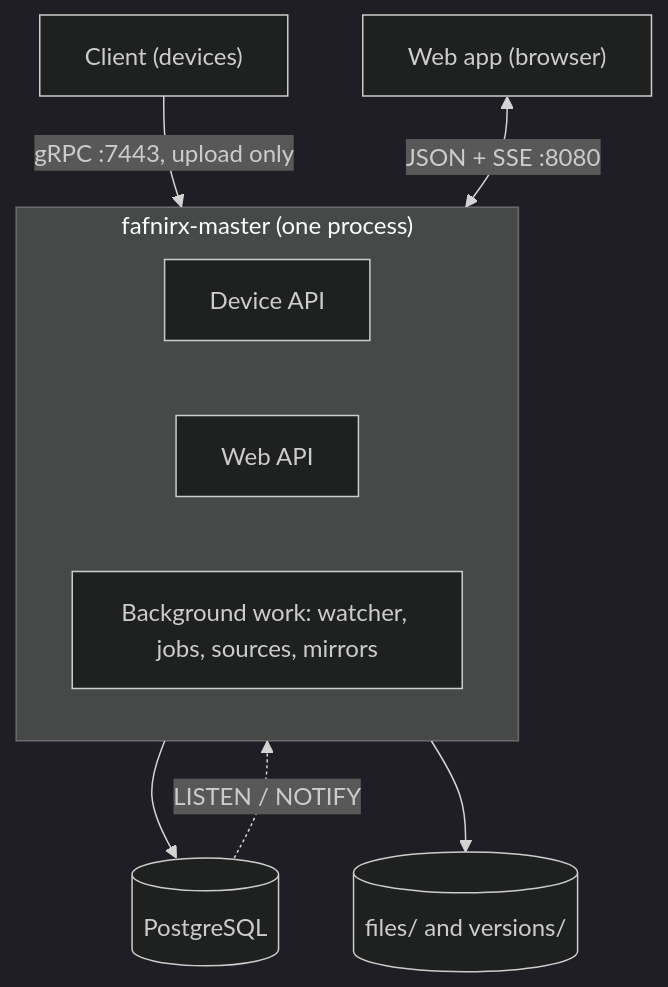
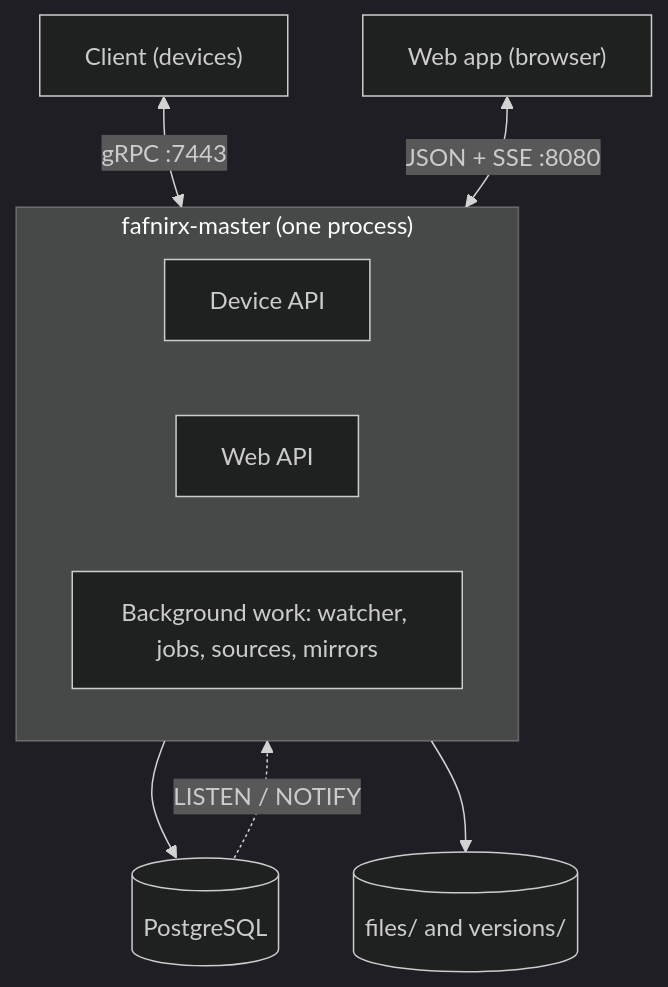
The first of 3 diagrams in docs/architecture.md (jameelhamdan/fafnirx), drawn with Mermaid (dark theme) before and after one commit. The commit also changed other lines of this file and 79 other files, not shown here.

````diff
--- a/docs/architecture.md
+++ b/docs/architecture.md
@@ -3,14 +3,14 @@
 ```mermaid
 flowchart TB
-    C["Client (devices)"] -- "gRPC :7443, upload only" --> M
+    C["Client (devices)"] <-- "gRPC :7443" --> M
     W["Web app (browser)"] <-- "JSON + SSE :8080" --> M
     subgraph M["fafnirx-master (one process)"]
         direction LR
         G["Device API"]
         A["Web API"]
         B["Background work: watcher, jobs, sources, mirrors"]
     end
     M --> PG[("PostgreSQL")]
     M --> FS[("files/ and versions/")]
     PG -. "LISTEN / NOTIFY" .-> A
 ```
````
